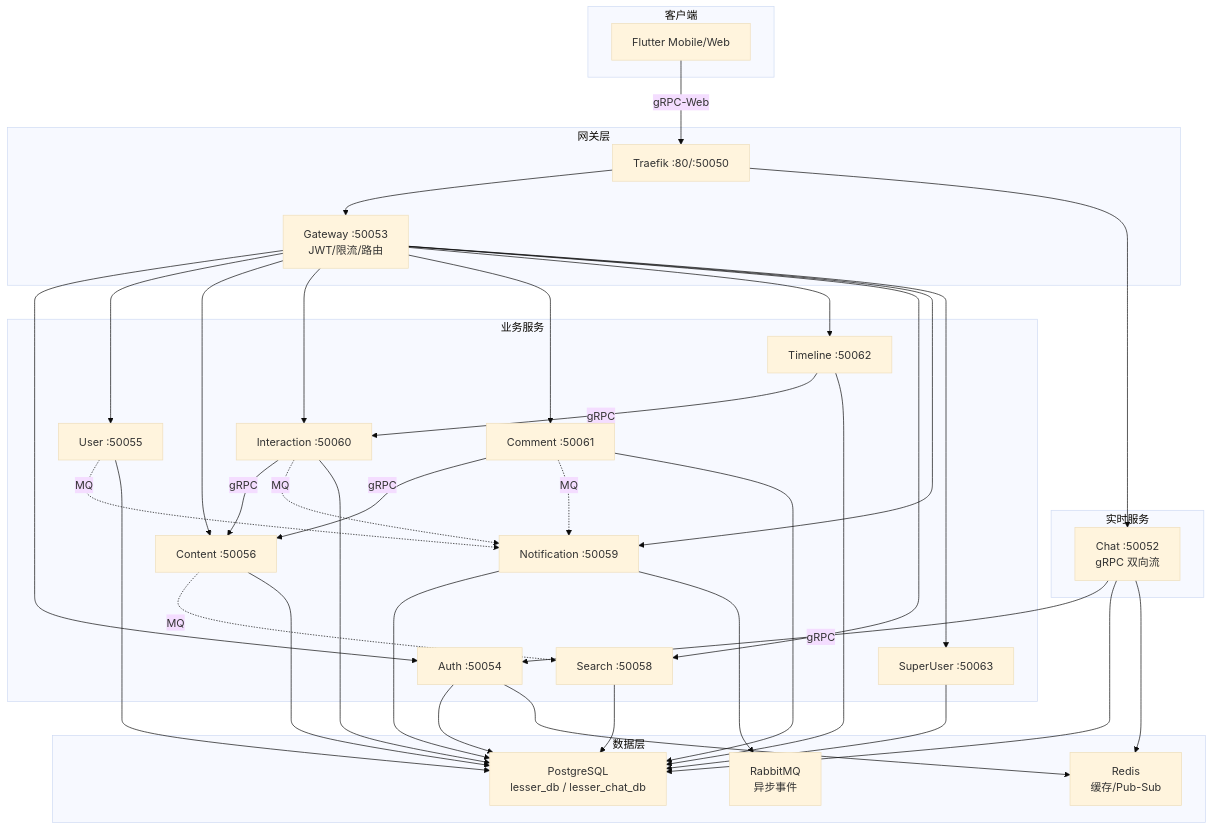
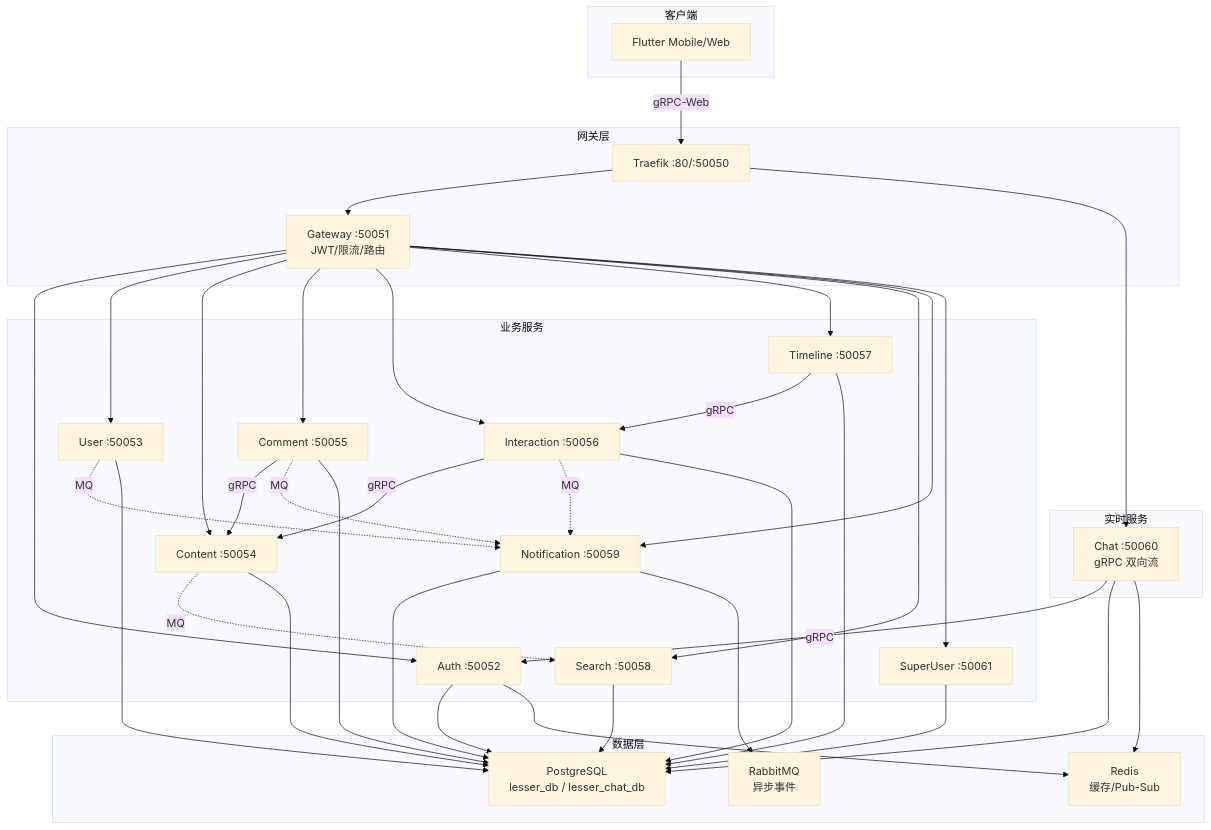
The first of 2 diagrams in .kiro/steering/structure.md (funcdfs/lesser), drawn with Mermaid (base theme) before and after one commit. The commit also changed other lines of this file and 15 other files, not shown here.

````diff
--- a/.kiro/steering/structure.md
+++ b/.kiro/steering/structure.md
@@ -5,70 +5,70 @@
 ```mermaid
 graph TB
     subgraph Client["客户端"]
         Flutter["Flutter Mobile/Web"]
     end
 
     subgraph Gateway["网关层"]
         Traefik["Traefik :80/:50050"]
-        GW["Gateway :50053<br/>JWT/限流/路由"]
+        GW["Gateway :50051<br/>JWT/限流/路由"]
     end
 
     subgraph Services["业务服务"]
-        Auth["Auth :50054"]
-        User["User :50055"]
-        Content["Content :50056"]
-        Interaction["Interaction :50060"]
-        Comment["Comment :50061"]
-        Timeline["Timeline :50062"]
+        Auth["Auth :50052"]
+        User["User :50053"]
+        Content["Content :50054"]
+        Comment["Comment :50055"]
+        Interaction["Interaction :50056"]
+        Timeline["Timeline :50057"]
         Search["Search :50058"]
         Notification["Notification :50059"]
-        SuperUser["SuperUser :50063"]
+        SuperUser["SuperUser :50061"]
     end
 
     subgraph Realtime["实时服务"]
-        Chat["Chat :50052<br/>gRPC 双向流"]
+        Chat["Chat :50060<br/>gRPC 双向流"]
     end
 
     subgraph Data["数据层"]
         PG["PostgreSQL<br/>lesser_db / lesser_chat_db"]
         Redis["Redis<br/>缓存/Pub-Sub"]
         MQ["RabbitMQ<br/>异步事件"]
     end
 
     Flutter -->|gRPC-Web| Traefik
     Traefik --> GW
     Traefik --> Chat
     GW --> Auth
     GW --> User
     GW --> Content
+    GW --> Comment
     GW --> Interaction
-    GW --> Comment
     GW --> Timeline
     GW --> Search
     GW --> Notification
     GW --> SuperUser
 
     Comment -->|gRPC| Content
     Interaction -->|gRPC| Content
     Timeline -->|gRPC| Interaction
     Chat -->|gRPC| Auth
 
     Comment -.->|MQ| Notification
     Interaction -.->|MQ| Notification
     User -.->|MQ| Notification
     Content -.->|MQ| Search
 
     Auth --> PG
     Auth --> Redis
     User --> PG
     Content --> PG
     Interaction --> PG
     Comment --> PG
     Timeline --> PG
     Search --> PG
     Notification --> PG
     Notification --> MQ
     Chat --> PG
     Chat --> Redis
     SuperUser --> PG
 ```
````
